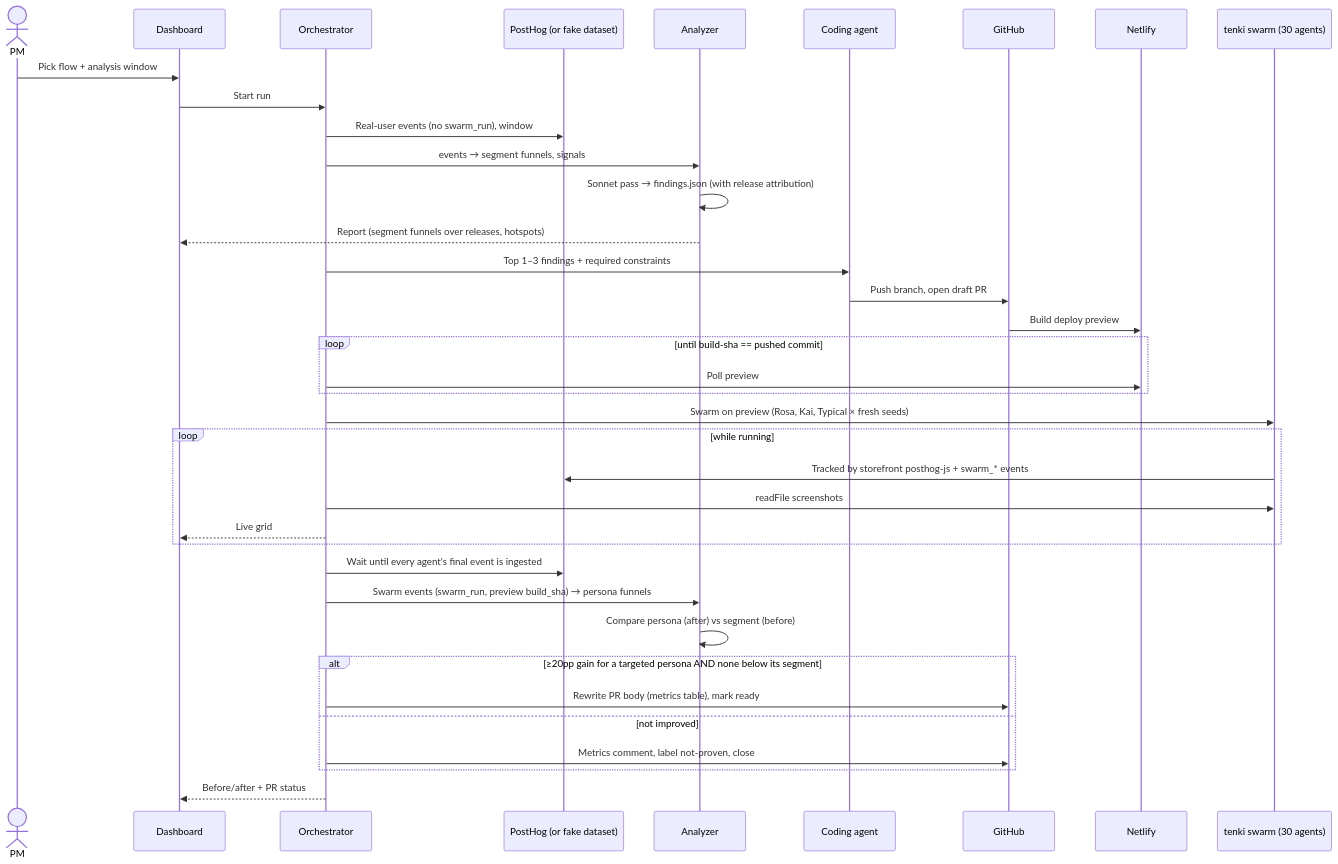
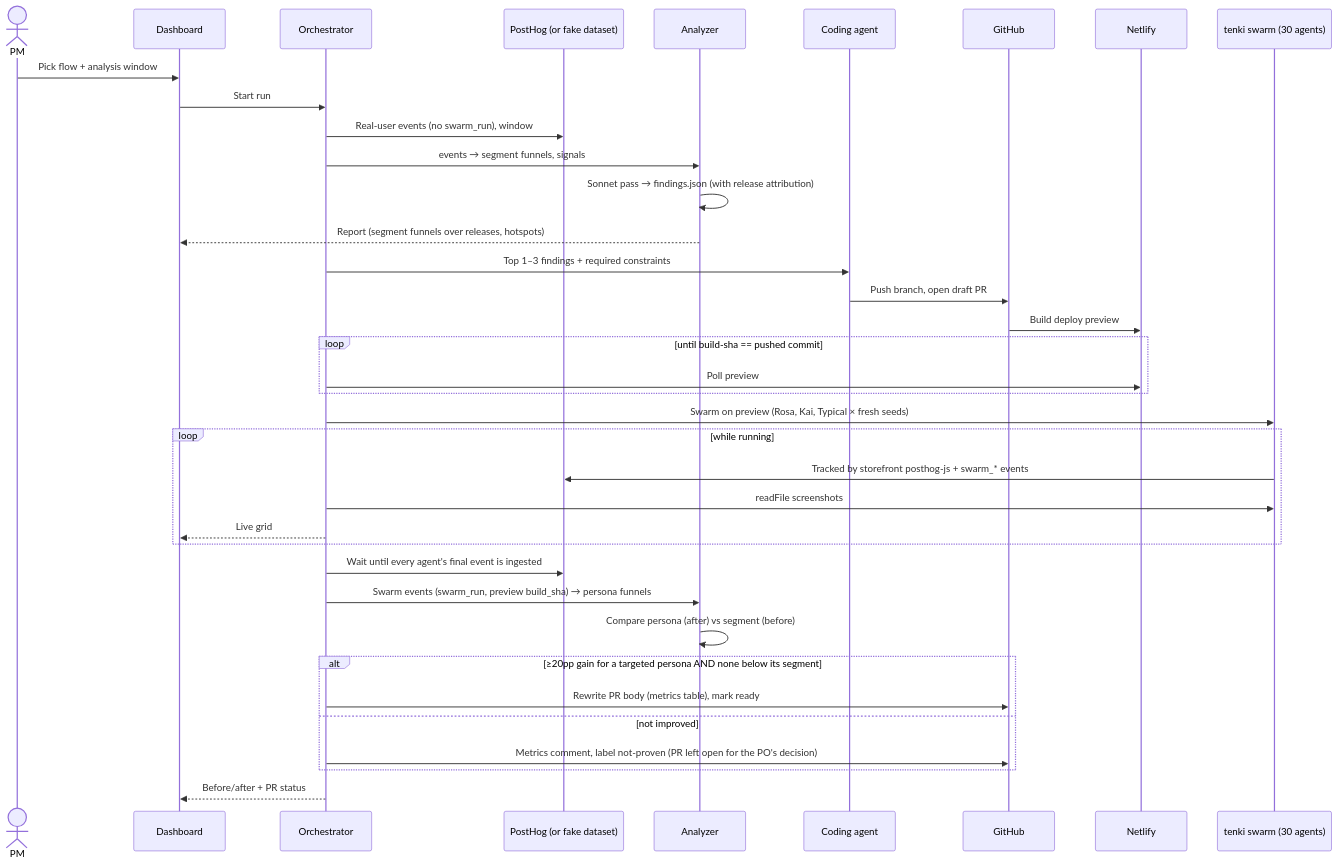
One commit to jbecerra73/build101_grupo16 changed the second of 2 diagrams in ARCHITECTURE.md. Above: the diagram before and after it, drawn with Mermaid. The commit also changed 3 other files, not shown here.

Commit message:
Docs: PRs stay open for the decision; run folder files; watch-run polling

````diff
--- a/ARCHITECTURE.md
+++ b/ARCHITECTURE.md
@@ -86,40 +86,40 @@
 ```mermaid
 sequenceDiagram
     actor PM
     participant D as Dashboard
     participant O as Orchestrator
     participant P as PostHog (or fake dataset)
     participant A as Analyzer
     participant C as Coding agent
     participant G as GitHub
     participant N as Netlify
     participant S as tenki swarm (30 agents)
 
     PM->>D: Pick flow + analysis window
     D->>O: Start run
     O->>P: Real-user events (no swarm_run), window
     O->>A: events → segment funnels, signals
     A->>A: Sonnet pass → findings.json (with release attribution)
     A-->>D: Report (segment funnels over releases, hotspots)
     O->>C: Top 1–3 findings + required constraints
     C->>G: Push branch, open draft PR
     G->>N: Build deploy preview
     loop until build-sha == pushed commit
         O->>N: Poll preview
     end
     O->>S: Swarm on preview (Rosa, Kai, Typical × fresh seeds)
     loop while running
         S->>P: Tracked by storefront posthog-js + swarm_* events
         O->>S: readFile screenshots
         O-->>D: Live grid
     end
     O->>P: Wait until every agent's final event is ingested
     O->>A: Swarm events (swarm_run, preview build_sha) → persona funnels
     A->>A: Compare persona (after) vs segment (before)
     alt ≥20pp gain for a targeted persona AND none below its segment
         O->>G: Rewrite PR body (metrics table), mark ready
     else not improved
-        O->>G: Metrics comment, label not-proven, close
+        O->>G: Metrics comment, label not-proven (PR left open for the PO's decision)
     end
     O-->>D: Before/after + PR status
 ```
````
